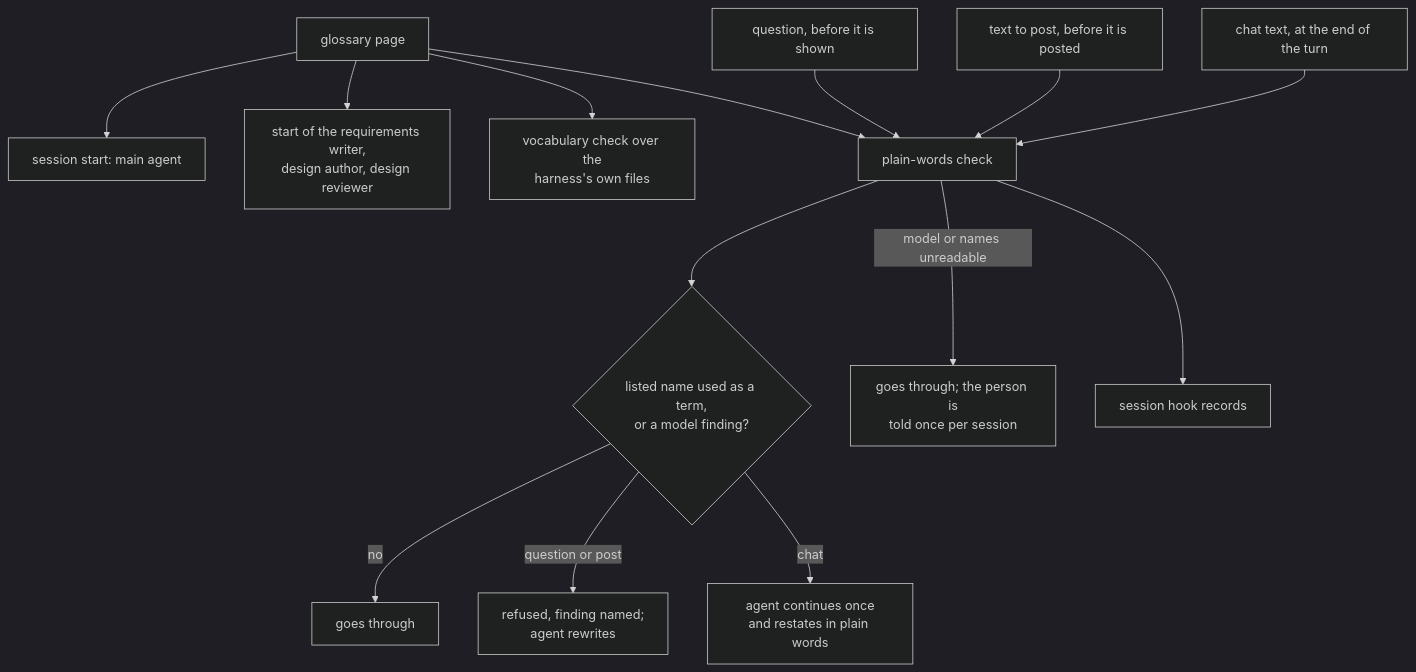
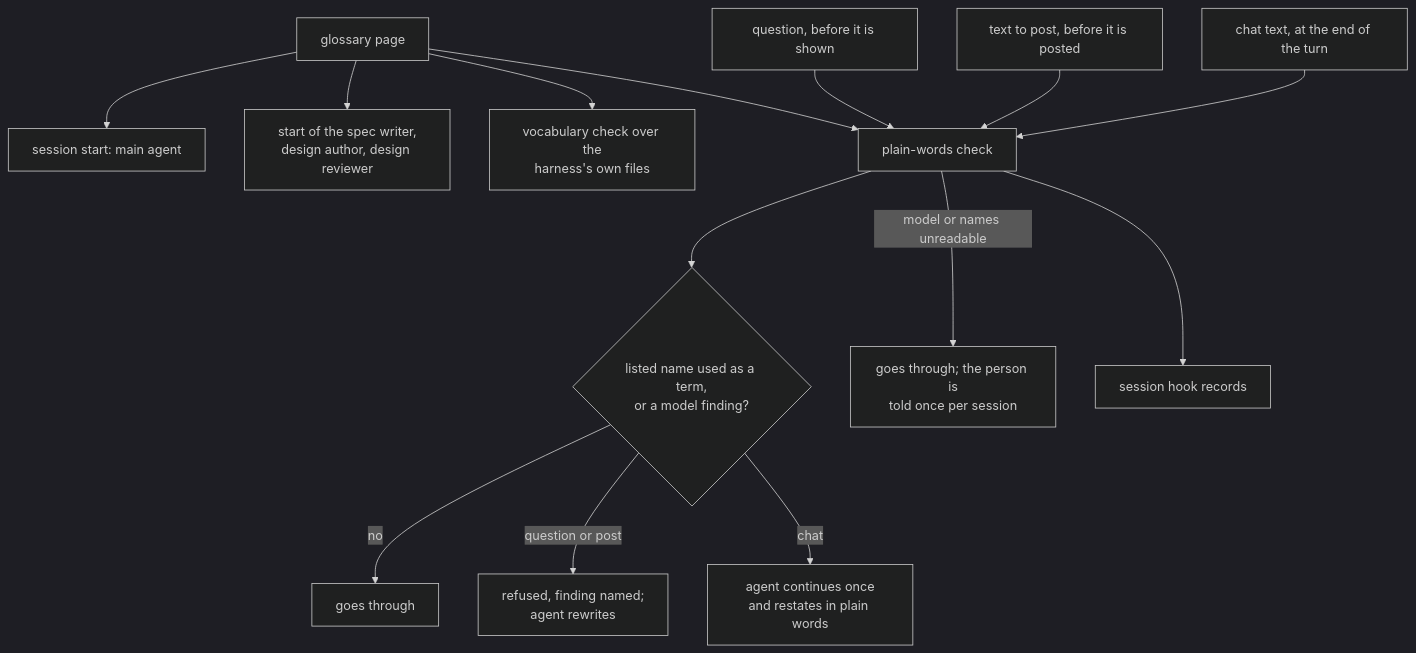
Before and after one commit to JeriC4o/agent-harness: the diagram in ai-docs/plans/2026-11-15-harness-vocabulary-glossary.design.md, drawn with Mermaid (dark theme). The commit also changed other lines of this file and 1 other file, not shown here.

First line of the commit message:
GH-166: docs(plan): design revised after review round 1

````diff
--- a/ai-docs/plans/2026-11-15-harness-vocabulary-glossary.design.md
+++ b/ai-docs/plans/2026-11-15-harness-vocabulary-glossary.design.md
@@ -61,16 +65,16 @@
 ```mermaid
 flowchart TD
     G["glossary page"] --> S["session start: main agent"]
-    G --> A["start of the requirements writer,<br/>design author, design reviewer"]
+    G --> A["start of the spec writer,<br/>design author, design reviewer"]
     G --> V["vocabulary check over the<br/>harness's own files"]
     G --> P["plain-words check"]
     Q["question, before it is shown"] --> P
     T["text to post, before it is posted"] --> P
     C["chat text, at the end of the turn"] --> P
     P --> L{"listed name used as a term,<br/>or a model finding?"}
     L -->|"no"| OK["goes through"]
     L -->|"question or post"| R["refused, finding named;<br/>agent rewrites"]
     L -->|"chat"| RS["agent continues once<br/>and restates in plain words"]
     P -->|"model or names unreadable"| N["goes through; the person is<br/>told once per session"]
     P --> H["session hook records"]
 ```
````
